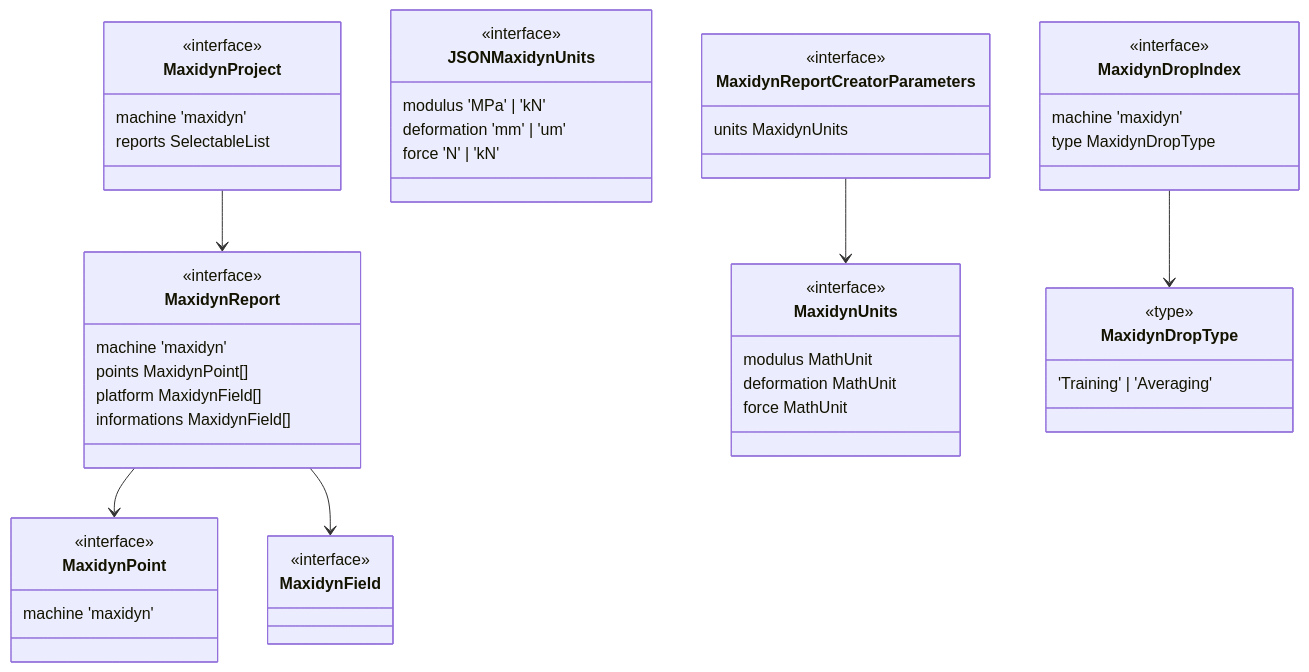
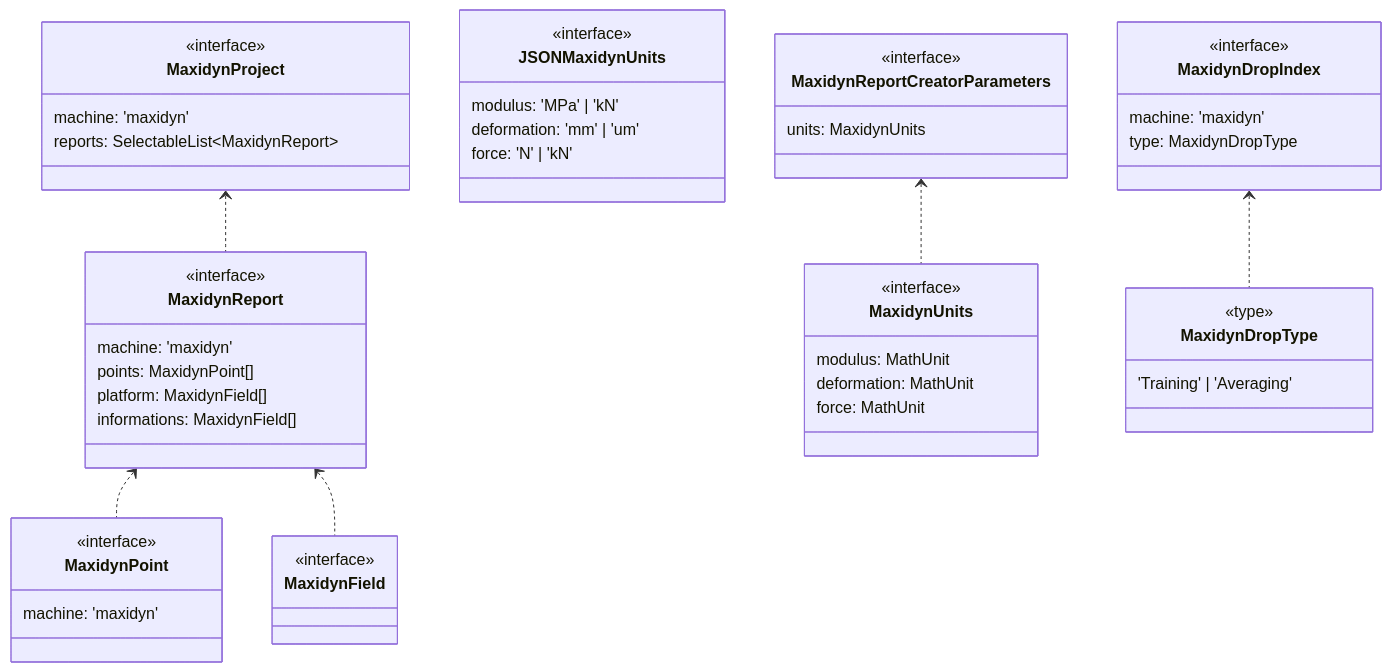
The diagram in mermaid/onlyMaxidyn/types.mmd (gawlk/mapview), drawn with Mermaid before and after one commit. The commit also changed other lines of this file and 67 other files, not shown here.

Commit message:
mermaid: done

```diff
--- a/mermaid/onlyMaxidyn/types.mmd
+++ b/mermaid/onlyMaxidyn/types.mmd
@@ -1,64 +1,72 @@
 classDiagram
 class MaxidynField {
   <<interface>>
 
 }
 
 
+
 class MaxidynPoint {
   <<interface>>
-  machine 'maxidyn'
+  machine: 'maxidyn'
 }
+
 
 
 class MaxidynProject {
   <<interface>>
-  machine 'maxidyn'
-  reports SelectableList<MaxidynReport>
+  machine: 'maxidyn'
+  reports: SelectableList#60;MaxidynReport#62;
 }
-MaxidynProject --> MaxidynReport
+MaxidynProject <.. MaxidynReport
+
 
 class MaxidynUnits {
   <<interface>>
-  modulus MathUnit
-  deformation MathUnit
-  force MathUnit
+  modulus: MathUnit
+  deformation: MathUnit
+  force: MathUnit
 }
+
 
 
 class JSONMaxidynUnits {
   <<interface>>
-  modulus 'MPa' | 'kN'
-  deformation 'mm' | 'um'
-  force 'N' | 'kN'
+  modulus: 'MPa' | 'kN'
+  deformation: 'mm' | 'um'
+  force: 'N' | 'kN'
 }
+
 
 
 class MaxidynReport {
   <<interface>>
-  machine 'maxidyn'
-  points MaxidynPoint[]
-  platform MaxidynField[]
-  informations MaxidynField[]
+  machine: 'maxidyn'
+  points: MaxidynPoint[]
+  platform: MaxidynField[]
+  informations: MaxidynField[]
 }
-MaxidynReport --> MaxidynPoint
-MaxidynReport --> MaxidynField
+MaxidynReport <.. MaxidynPoint
+MaxidynReport <.. MaxidynField
+
 
 class MaxidynReportCreatorParameters {
   <<interface>>
-  units MaxidynUnits
+  units: MaxidynUnits
 }
-MaxidynReportCreatorParameters --> MaxidynUnits
+MaxidynReportCreatorParameters <.. MaxidynUnits
+
 
 class MaxidynDropType {
   <<type>>
   'Training' | 'Averaging'
 }
 
 
+
 class MaxidynDropIndex {
   <<interface>>
-  machine 'maxidyn'
-  type MaxidynDropType
+  machine: 'maxidyn'
+  type: MaxidynDropType
 }
-MaxidynDropIndex --> MaxidynDropType
+MaxidynDropIndex <.. MaxidynDropType
```
